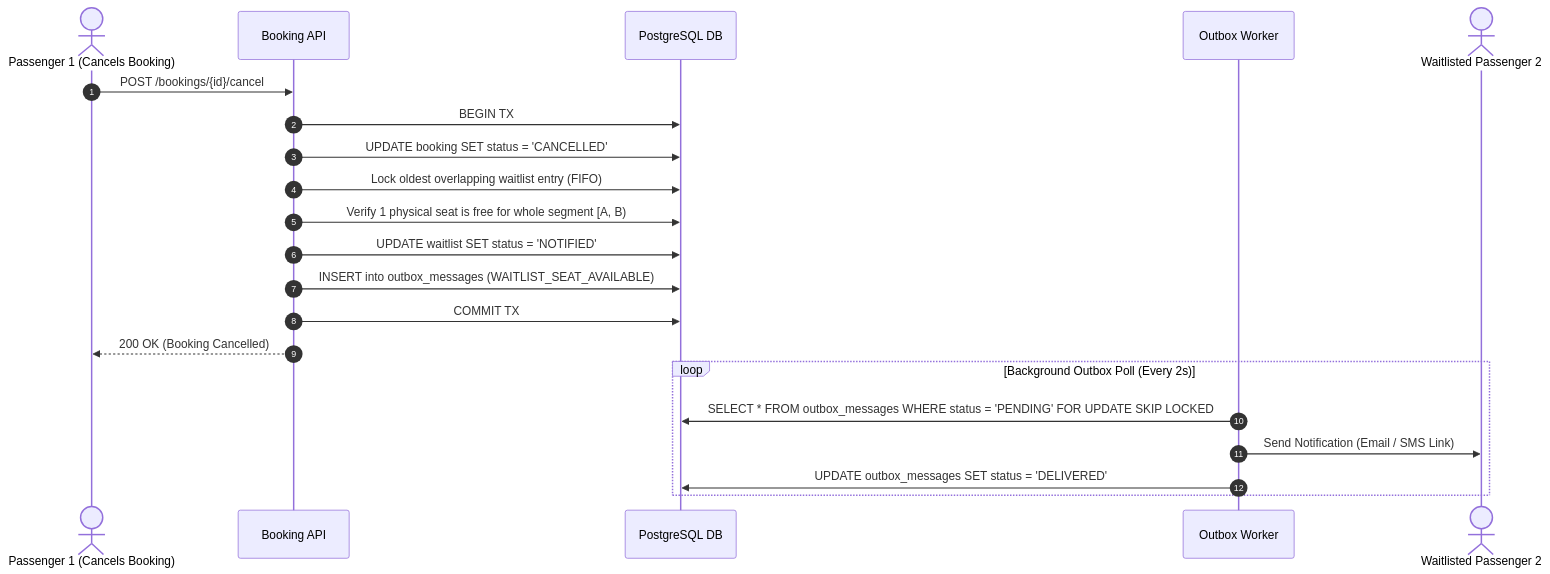
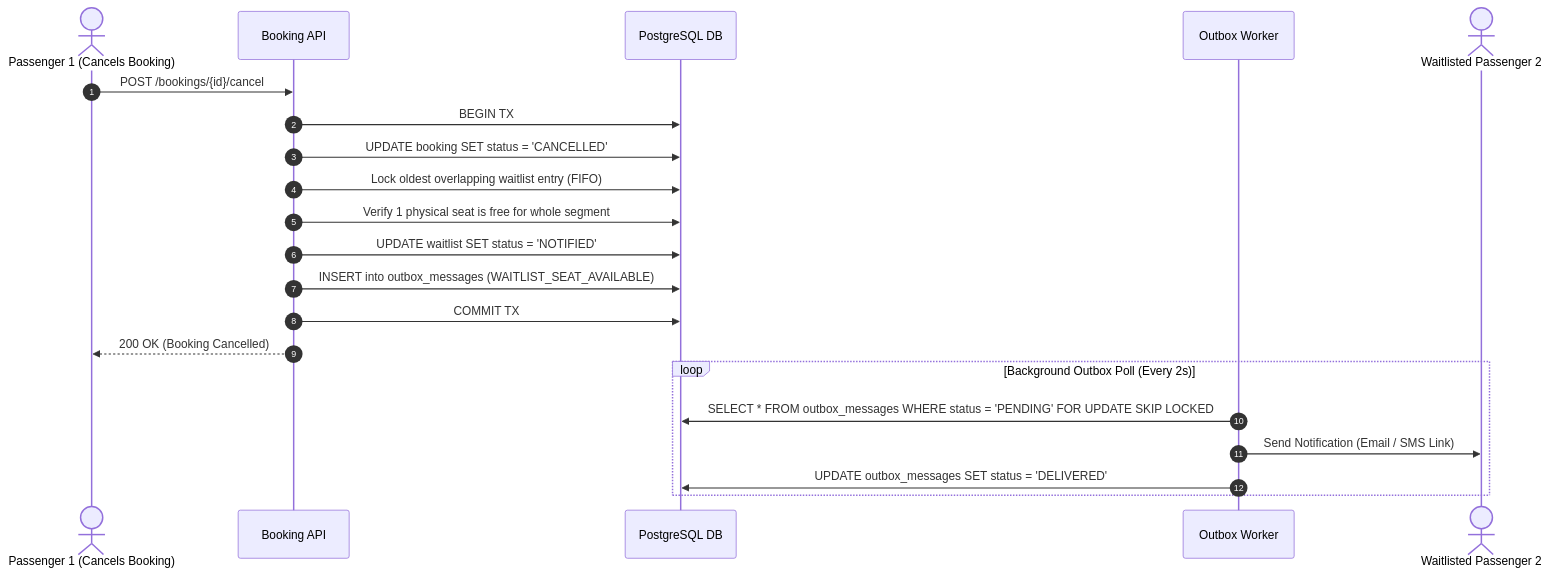
One commit to lahiruudayakumara/rail-seat-booking changed the fourth of 4 diagrams in README.md. Above: the diagram before and after it, drawn with Mermaid. The commit also changed other lines of this file, not shown here.

First line of the commit message:
Enhance seat booking system with architecture, features, and CI improvements (#39)

````diff
--- a/README.md
+++ b/README.md
@@ -307,25 +313,25 @@
 ```mermaid
 sequenceDiagram
     autonumber
     actor P1 as Passenger 1 (Cancels Booking)
     participant API as Booking API
     participant DB as PostgreSQL DB
     participant OB as Outbox Worker
     actor P2 as Waitlisted Passenger 2
 
     P1->>API: POST /bookings/{id}/cancel
     API->>DB: BEGIN TX
     API->>DB: UPDATE booking SET status = 'CANCELLED'
     API->>DB: Lock oldest overlapping waitlist entry (FIFO)
-    API->>DB: Verify 1 physical seat is free for whole segment [A, B)
+    API->>DB: Verify 1 physical seat is free for whole segment
     API->>DB: UPDATE waitlist SET status = 'NOTIFIED'
     API->>DB: INSERT into outbox_messages (WAITLIST_SEAT_AVAILABLE)
     API->>DB: COMMIT TX
     API-->>P1: 200 OK (Booking Cancelled)
 
     loop Background Outbox Poll (Every 2s)
         OB->>DB: SELECT * FROM outbox_messages WHERE status = 'PENDING' FOR UPDATE SKIP LOCKED
         OB->>P2: Send Notification (Email / SMS Link)
         OB->>DB: UPDATE outbox_messages SET status = 'DELIVERED'
     end
 ```
````
